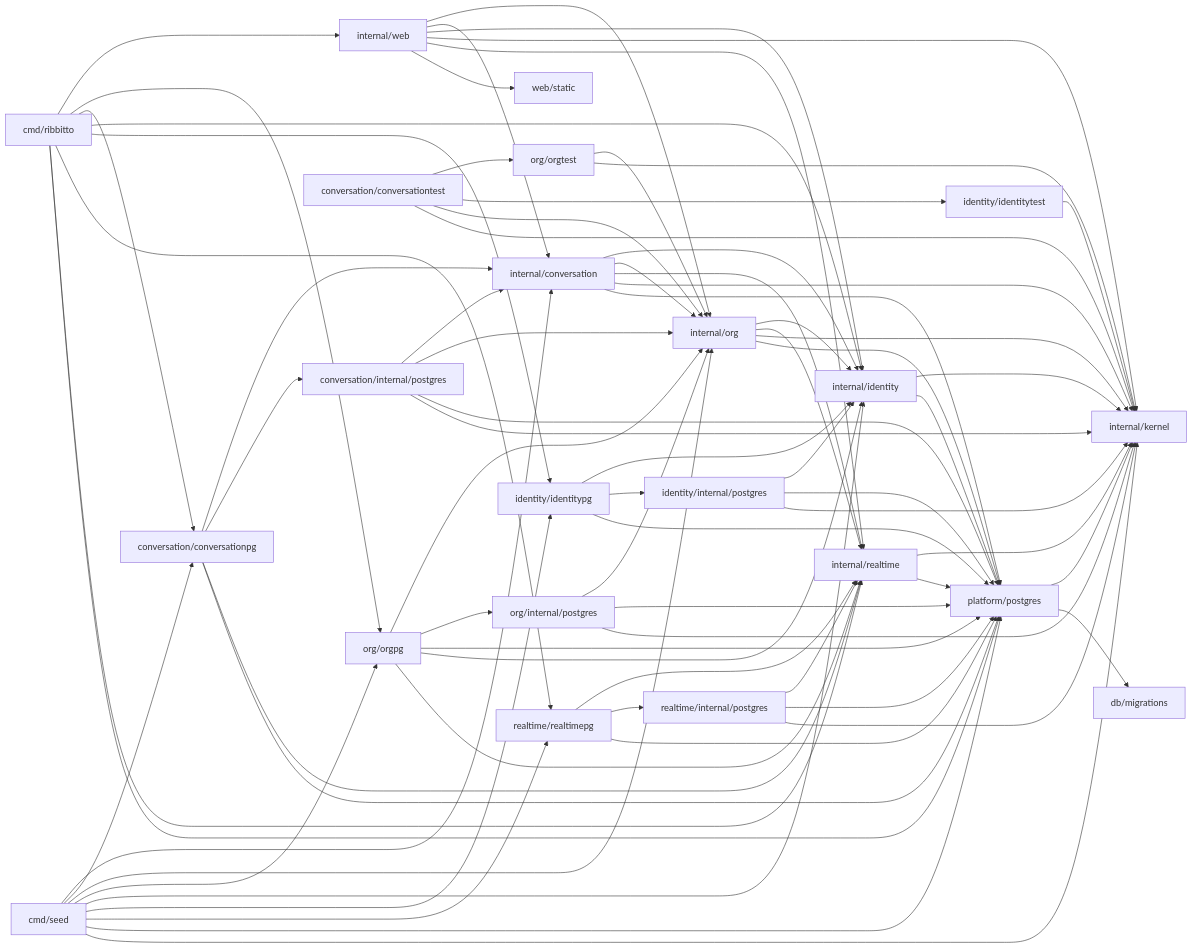
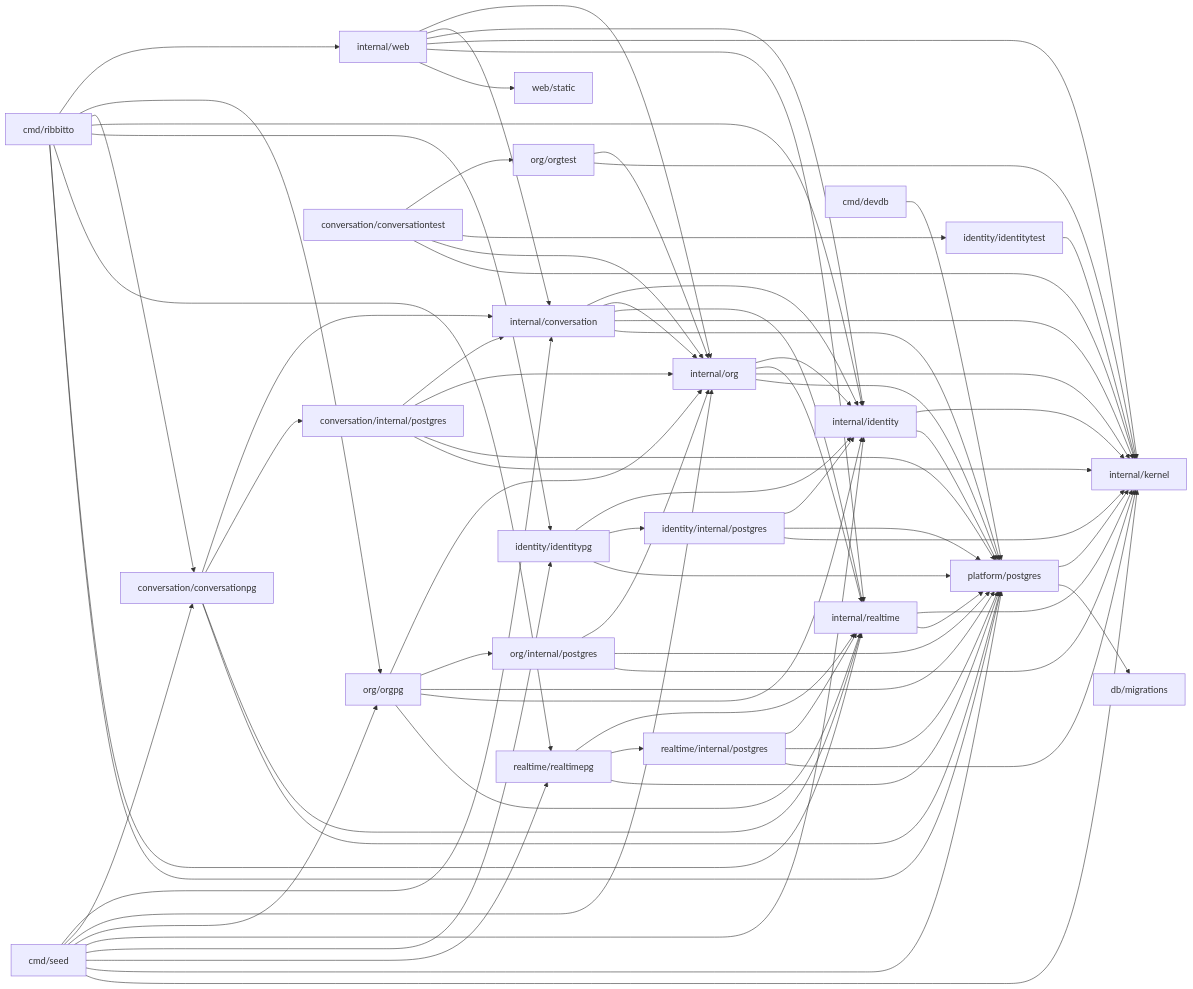
The diagram in docs/architecture/packages.md (tkakkie/ribbitto), drawn with Mermaid before and after one commit. The commit also changed other lines of this file and 13 other files, not shown here.

````diff
--- a/docs/architecture/packages.md
+++ b/docs/architecture/packages.md
@@ -39,22 +42,23 @@
 ```mermaid
 flowchart LR
   cmd[cmd/ribbitto] --> web & orgpg[org/orgpg] & conversationpg[conversation/conversationpg] & identity & identitypg[identity/identitypg] & realtimepg & realtime & platform[platform/postgres]
   seed[cmd/seed] --> conversation & conversationpg & org & orgpg & identity & identitypg & realtimepg & platform & kernel
+  devdb[cmd/devdb] --> platform
   web[internal/web] --> org & conversation & identity & kernel & realtime & static[web/static]
   conversationpg --> conversation[internal/conversation] & cstore[conversation/internal/postgres] & realtime & platform
   conversation --> identity & org & realtime & kernel & platform
   cstore --> conversation & org & platform & kernel
   conversationtest[conversation/conversationtest] --> orgtest[org/orgtest] & identitytest[identity/identitytest] & org & kernel
   orgtest --> org & kernel
   identitytest --> kernel
   realtime[internal/realtime] --> kernel & platform
   realtimepg[realtime/realtimepg] --> realtime & rstore[realtime/internal/postgres] & platform
   rstore --> realtime & platform & kernel
   org[internal/org] --> identity & realtime & kernel & platform
   orgpg --> org & ostore[org/internal/postgres] & platform & identity & realtime
   ostore --> org & platform & kernel
   identity[internal/identity] --> kernel & platform
   identitypg --> identity & store[identity/internal/postgres] & platform
   store --> identity & platform & kernel
   platform --> kernel[internal/kernel] & migrations[db/migrations]
 ```
````
